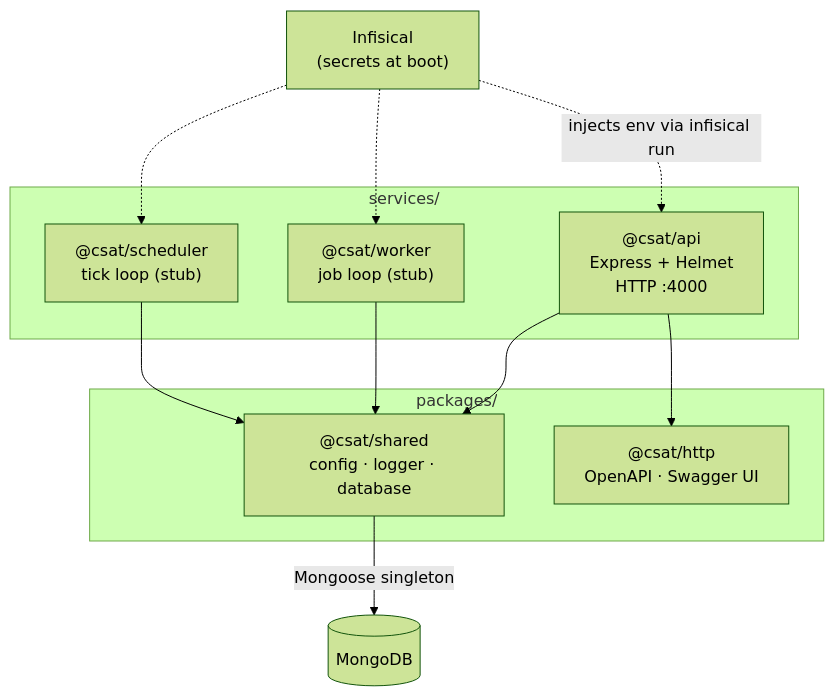
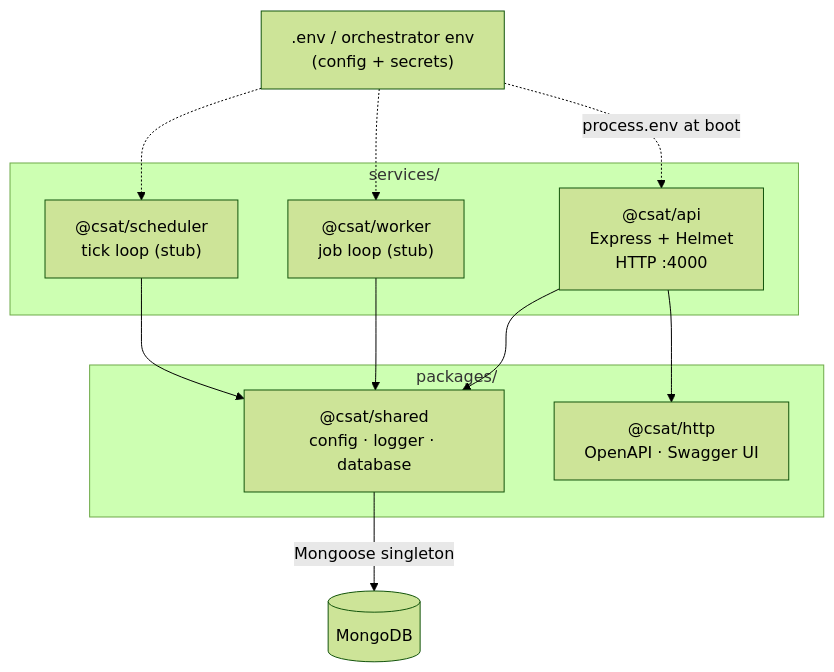
One commit to techhowl/csat-server changed the first of 2 diagrams in docs/architecture/overview.md. Above: the diagram before and after it, drawn with Mermaid (forest theme). The commit also changed other lines of this file and 26 other files, not shown here.

First line of the commit message:
feat: load config from .env instead of Infisical

````diff
--- a/docs/architecture/overview.md
+++ b/docs/architecture/overview.md
@@ -32,25 +32,25 @@
 ```mermaid
 flowchart TD
     subgraph services["services/"]
         API["@csat/api<br/>Express + Helmet<br/>HTTP :4000"]
         WRK["@csat/worker<br/>job loop (stub)"]
         SCH["@csat/scheduler<br/>tick loop (stub)"]
     end
 
     subgraph packages["packages/"]
         SHARED["@csat/shared<br/>config · logger · database"]
         HTTP["@csat/http<br/>OpenAPI · Swagger UI"]
     end
 
     MONGO[("MongoDB")]
-    INF["Infisical<br/>(secrets at boot)"]
+    ENV[".env / orchestrator env<br/>(config + secrets)"]
 
     API --> SHARED
     WRK --> SHARED
     SCH --> SHARED
     API --> HTTP
     SHARED -- "Mongoose singleton" --> MONGO
-    INF -. "injects env via infisical run" .-> API
-    INF -.-> WRK
-    INF -.-> SCH
+    ENV -. "process.env at boot" .-> API
+    ENV -.-> WRK
+    ENV -.-> SCH
 ```
````
